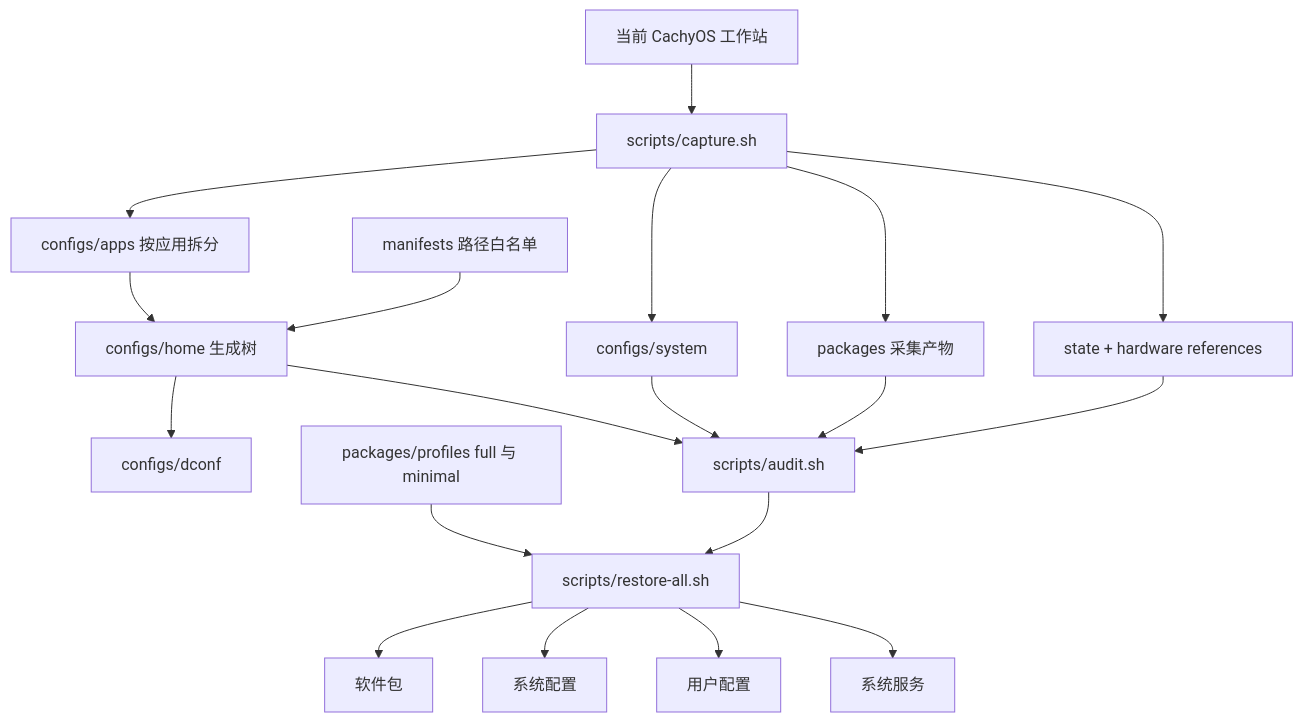
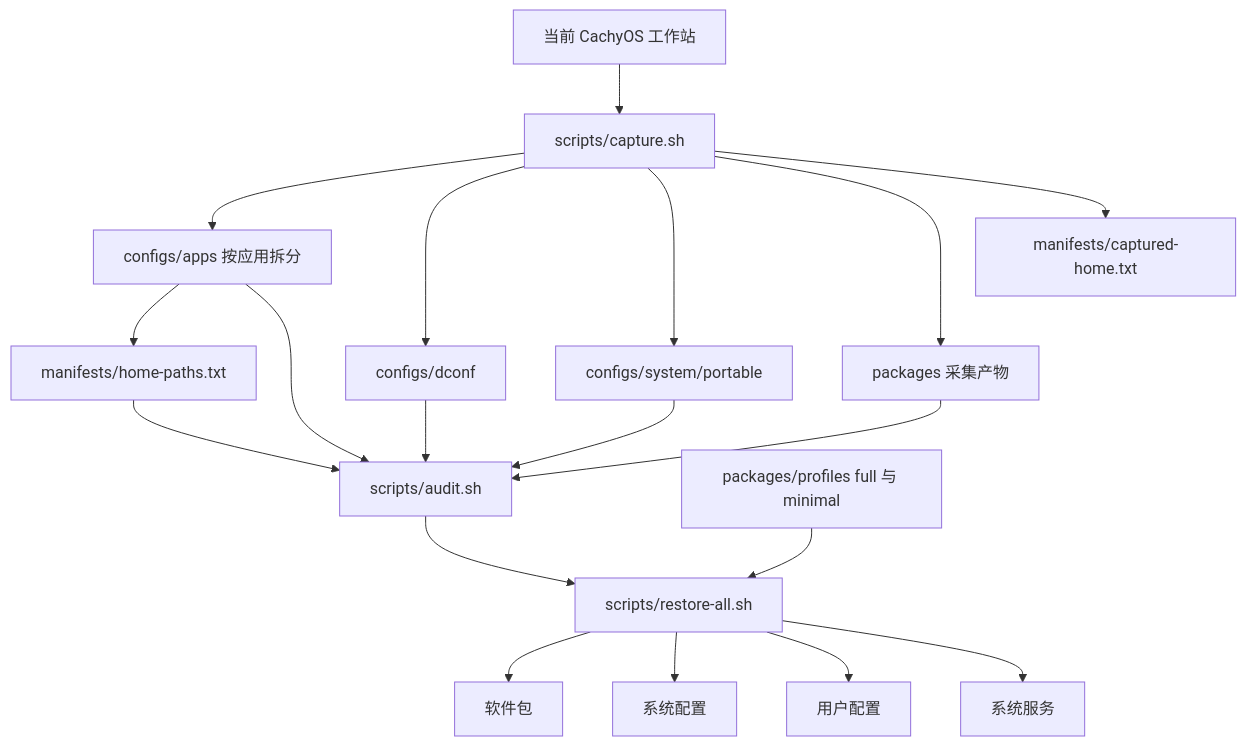
Before and after one commit to Eurekaimer/cachyos-config: the diagram in README.zh-CN.md, drawn with Mermaid. The commit also changed other lines of this file and 314 other files, not shown here.

````diff
--- a/README.zh-CN.md
+++ b/README.zh-CN.md
@@ -23,21 +18,21 @@
 ```mermaid
 flowchart TD
     H[当前 CachyOS 工作站] --> C[scripts/capture.sh]
     C --> AP[configs/apps 按应用拆分]
-    AP --> G[configs/home 生成树]
-    G --> DC[configs/dconf]
-    C --> S[configs/system]
+    C --> DC[configs/dconf]
+    C --> S[configs/system/portable]
     C --> P[packages 采集产物]
-    C --> R[state + hardware references]
-    PR[packages/profiles full 与 minimal] --> X
-    M[manifests 路径白名单] --> G
-    G --> A[scripts/audit.sh]
+    AP --> M[manifests/home-paths.txt]
+    C --> CH[manifests/captured-home.txt]
+    AP --> A[scripts/audit.sh]
+    DC --> A
     S --> A
     P --> A
-    R --> A
+    M --> A
     A --> X[scripts/restore-all.sh]
+    PR[packages/profiles full 与 minimal] --> X
     X --> I[软件包]
     X --> Y[系统配置]
     X --> Z[用户配置]
     X --> V[系统服务]
 ```
````
